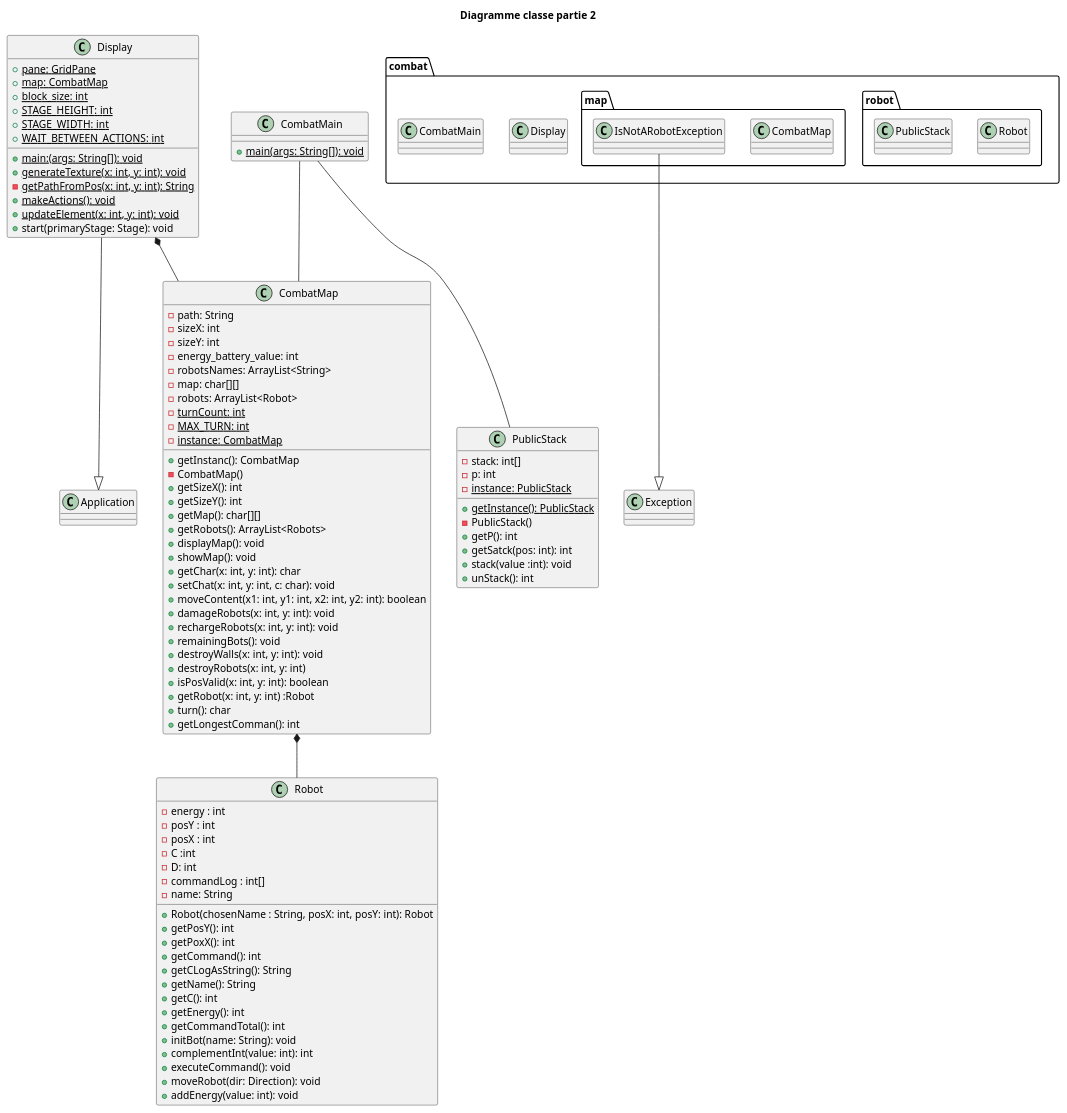
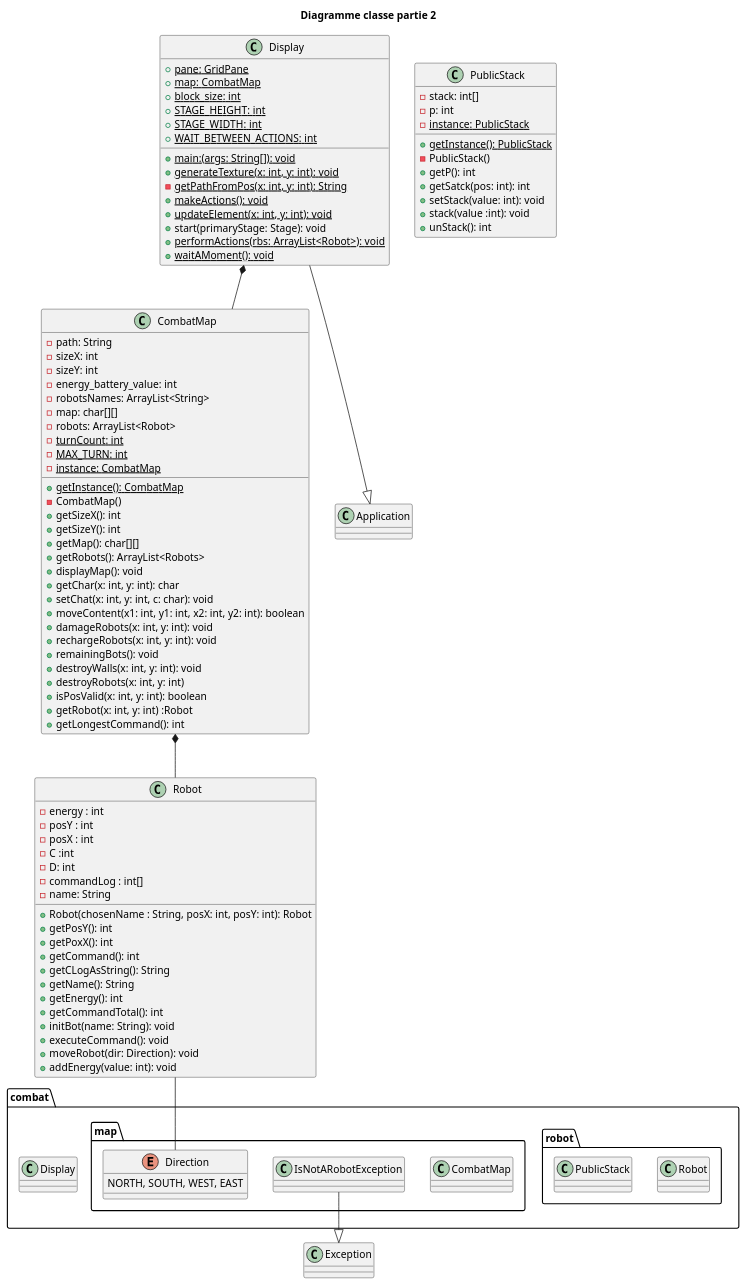
One commit to AlphaBooy/Mars-Robot changed the ninth of 9 diagrams in files/uml/uml.wsd. Above: the diagram before and after it, drawn with PlantUML. The commit also changed other lines of this file and 17 other files, not shown here.

Commit message:
♻️ update diagrammes and add compteRendu

```diff
--- a/files/uml/uml.wsd
+++ b/files/uml/uml.wsd
@@ -395,114 +421,114 @@
 @startuml diagramClassPart2
 title Diagramme classe partie 2
 
 
 
 
 package combat {
     package robot {
         class Robot
         class PublicStack
     }
     package map {
         class CombatMap
         class IsNotARobotException
+        enum Direction{
+            NORTH, SOUTH, WEST, EAST
+        }
     }
     class Display
-    class CombatMain
 }
 
 class Robot {
     -energy : int
     -posY : int
     -posX : int
     - C :int
     -D: int
     -commandLog : int[]
     -name: String
     +Robot(chosenName : String, posX: int, posY: int): Robot 
     +getPosY(): int
     +getPoxX(): int
     +getCommand(): int
     +getCLogAsString(): String
     +getName(): String
-    +getC(): int
     +getEnergy(): int
     +getCommandTotal(): int
     +initBot(name: String): void 
-    +complementInt(value: int): int
     +executeCommand(): void
     +moveRobot(dir: Direction): void
     +addEnergy(value: int): void
 }
 
 class PublicStack {
     - stack: int[]
     -p: int
     - {static} instance: PublicStack
     + {static} getInstance(): PublicStack
     - PublicStack()
     +getP(): int
     +getSatck(pos: int): int
+    +setStack(value: int): void
     +stack(value :int): void
     +unStack(): int
 }
 
 class CombatMap {
     -path: String
     -sizeX: int
     -sizeY: int
     -energy_battery_value: int
     -robotsNames: ArrayList<String>
     -map: char[][]
     -robots: ArrayList<Robot>
     - {static} turnCount: int
     -{static} MAX_TURN: int
     -{static} instance: CombatMap
-    +getInstanc(): CombatMap
+    {static}+getInstance(): CombatMap
     -CombatMap()
     +getSizeX(): int
     +getSizeY(): int
     +getMap(): char[][]
     +getRobots(): ArrayList<Robots>
     +displayMap(): void
-    +showMap(): void
     +getChar(x: int, y: int): char
     +setChat(x: int, y: int, c: char): void
     +moveContent(x1: int, y1: int, x2: int, y2: int): boolean
     +damageRobots(x: int, y: int): void
     +rechargeRobots(x: int, y: int): void
     +remainingBots(): void
     +destroyWalls(x: int, y: int): void
     +destroyRobots(x: int, y: int)
     +isPosValid(x: int, y: int): boolean
     +getRobot(x: int, y: int) :Robot
-    +turn(): char
-    +getLongestComman(): int
+    +getLongestCommand(): int
 }
 
 class Display {
     +{static} main:(args: String[]): void
     +{static} pane: GridPane
     +{static} map: CombatMap
     +{static} block_size: int
     +{static} STAGE_HEIGHT: int
     +{static} STAGE_WIDTH: int
     +{static} WAIT_BETWEEN_ACTIONS: int
     +{static} generateTexture(x: int, y: int): void
     - {static} getPathFromPos(x: int, y: int): String
     +{static} makeActions(): void
     +{static} updateElement(x: int, y: int): void
     +start(primaryStage: Stage): void
+    +{static} performActions(rbs: ArrayList<Robot>): void
+    +{static} waitAMoment(): void
 }
 
-class CombatMain{
-    +{static} main(args: String[]): void
-}
+
 
 Display --|> Application
 IsNotARobotException --|> Exception
 Display *-- CombatMap
 CombatMap *-- Robot
-CombatMain -- CombatMap
-CombatMain -- PublicStack
+Robot -- Direction
+
+
 @enduml
```
